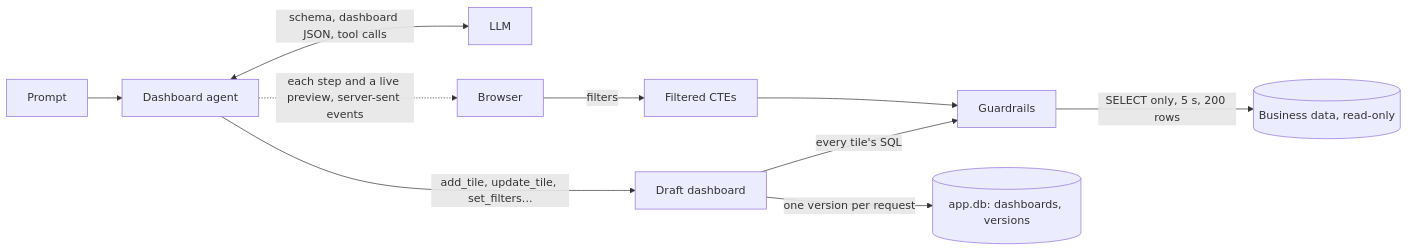
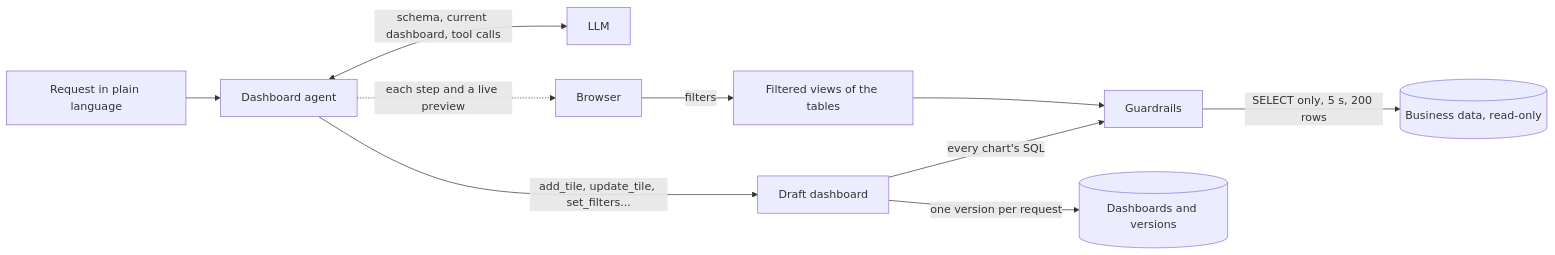
The diagram in README.md (ali-chamas/olist-sql-agent), drawn with Mermaid before and after one commit. The commit also changed other lines of this file, not shown here.

````diff
--- a/README.md
+++ b/README.md
@@ -18,11 +46,11 @@
 ```mermaid
 flowchart LR
-    P[Prompt] --> AG[Dashboard agent]
-    AG <-->|schema, dashboard JSON, tool calls| L[LLM]
+    P[Request in plain language] --> AG[Dashboard agent]
+    AG <-->|schema, current dashboard, tool calls| L[LLM]
     AG -->|add_tile, update_tile, set_filters...| D[Draft dashboard]
-    D -->|every tile's SQL| G[Guardrails]
+    D -->|every chart's SQL| G[Guardrails]
     G -->|SELECT only, 5 s, 200 rows| R[(Business data, read-only)]
-    AG -.->|each step and a live preview, server-sent events| UI[Browser]
-    D -->|one version per request| W[(app.db: dashboards, versions)]
-    UI -->|filters| F[Filtered CTEs] --> G
+    AG -.->|each step and a live preview| UI[Browser]
+    D -->|one version per request| W[(Dashboards and versions)]
+    UI -->|filters| F[Filtered views of the tables] --> G
 ```
````
